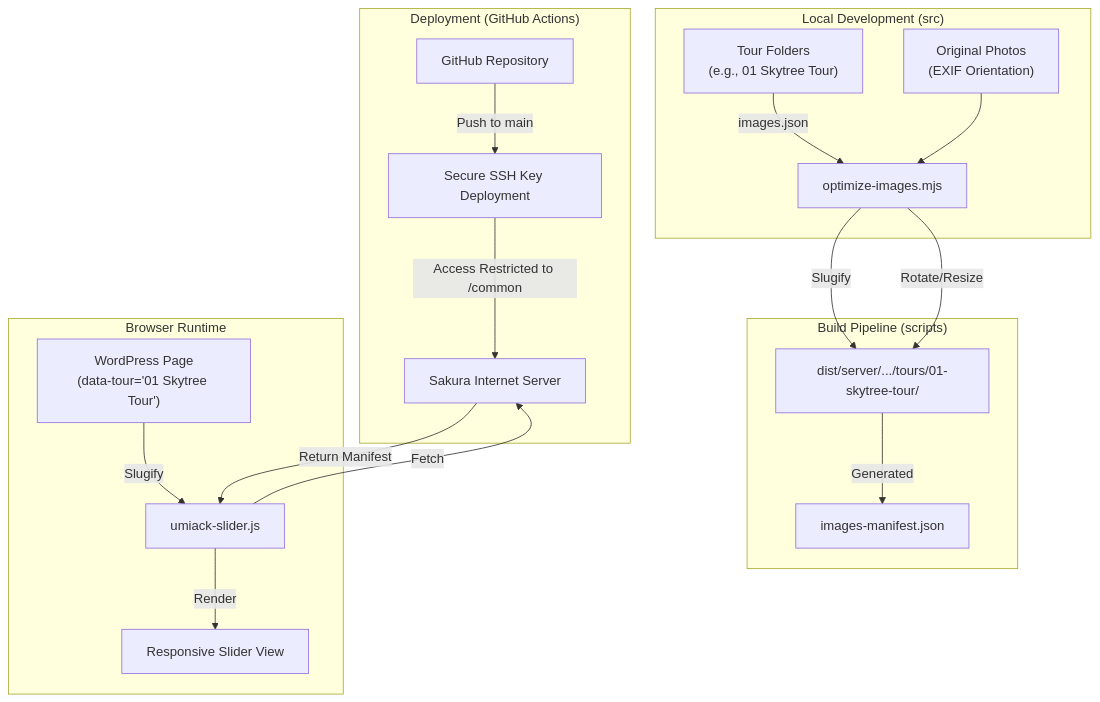
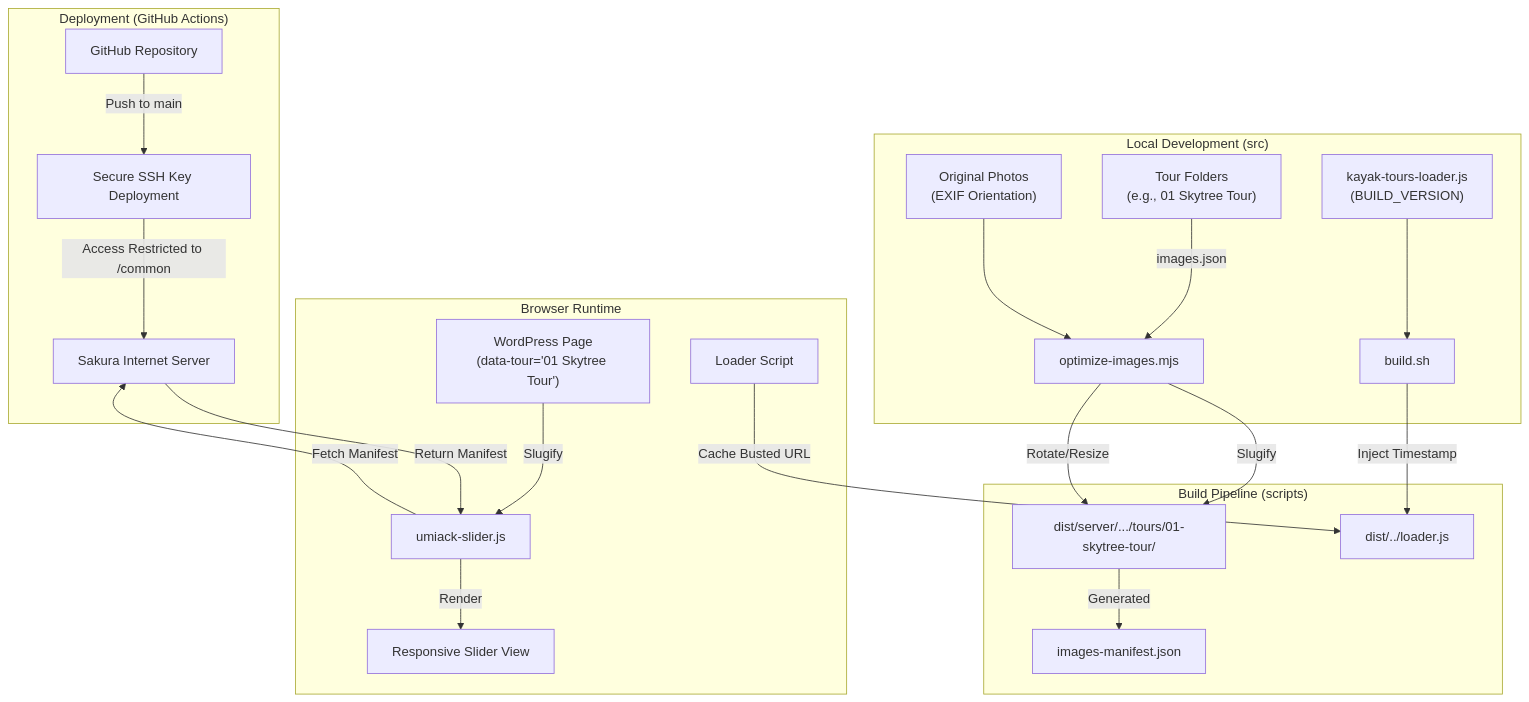
The diagram in README.md (ryota-kayak/umiack-common-repository), drawn with Mermaid before and after one commit. The commit also changed other lines of this file, not shown here.

Commit message:
Document automated cache-busting in README

````diff
--- a/README.md
+++ b/README.md
@@ -11,25 +11,28 @@
 ```mermaid
 graph TD
     subgraph "Local Development (src)"
         A["Tour Folders<br/>(e.g., 01 Skytree Tour)"] -->|images.json| B["optimize-images.mjs"]
         P["Original Photos<br/>(EXIF Orientation)"] --> B
+        L["kayak-tours-loader.js<br/>(BUILD_VERSION)"] --> BU
     end
 
     subgraph "Build Pipeline (scripts)"
         B -->|Slugify| C["dist/server/.../tours/01-skytree-tour/"]
         B -->|Rotate/Resize| C
         C -->|Generated| D["images-manifest.json"]
+        BU["build.sh"] -->|Inject Timestamp| L2["dist/../loader.js"]
     end
 
     subgraph "Deployment (GitHub Actions)"
         E["GitHub Repository"] -->|Push to main| F["Secure SSH Key Deployment"]
         F -->|Access Restricted to /common| G["Sakura Internet Server"]
     end
 
     subgraph "Browser Runtime"
         H["WordPress Page<br/>(data-tour='01 Skytree Tour')"] -->|Slugify| I["umiack-slider.js"]
-        I -->|Fetch| G
+        I -->|Fetch Manifest| G
         G -->|Return Manifest| I
         I -->|Render| J["Responsive Slider View"]
+        K["Loader Script"] -->|Cache Busted URL| L2
     end
 ```
````
